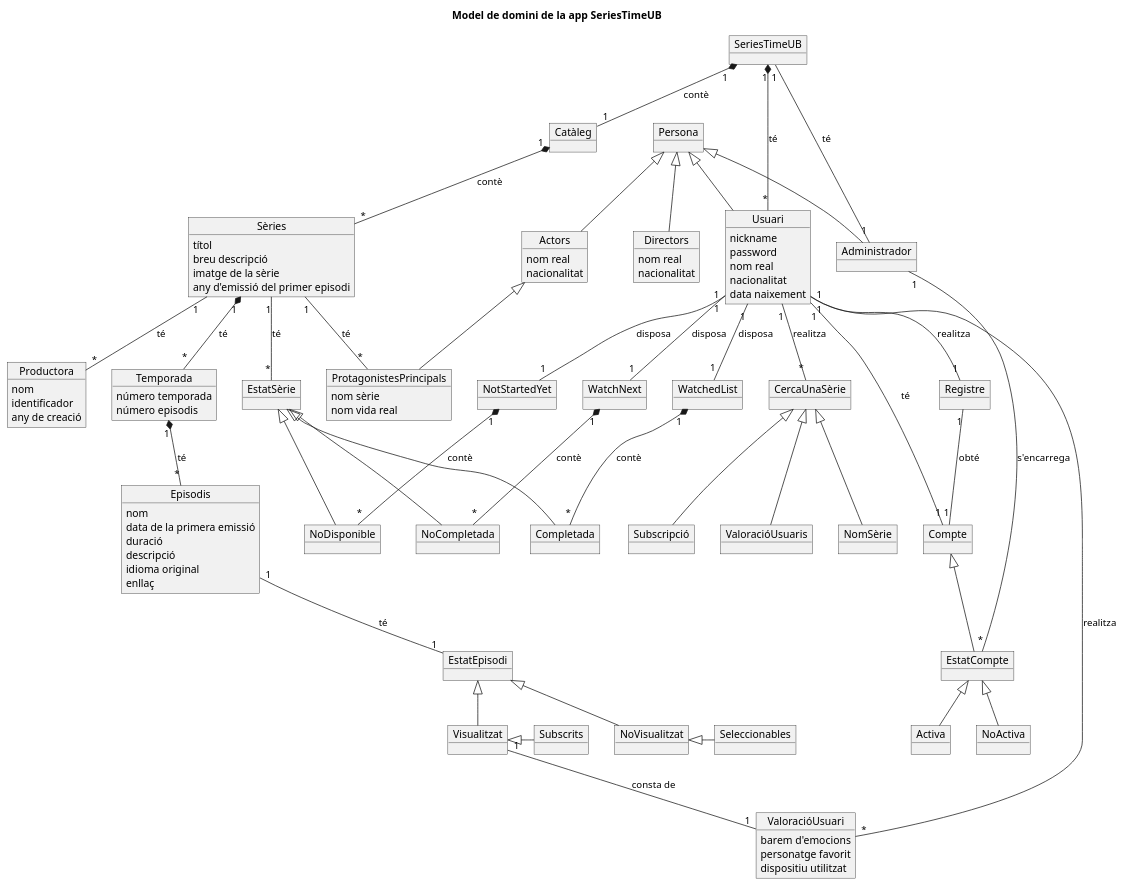
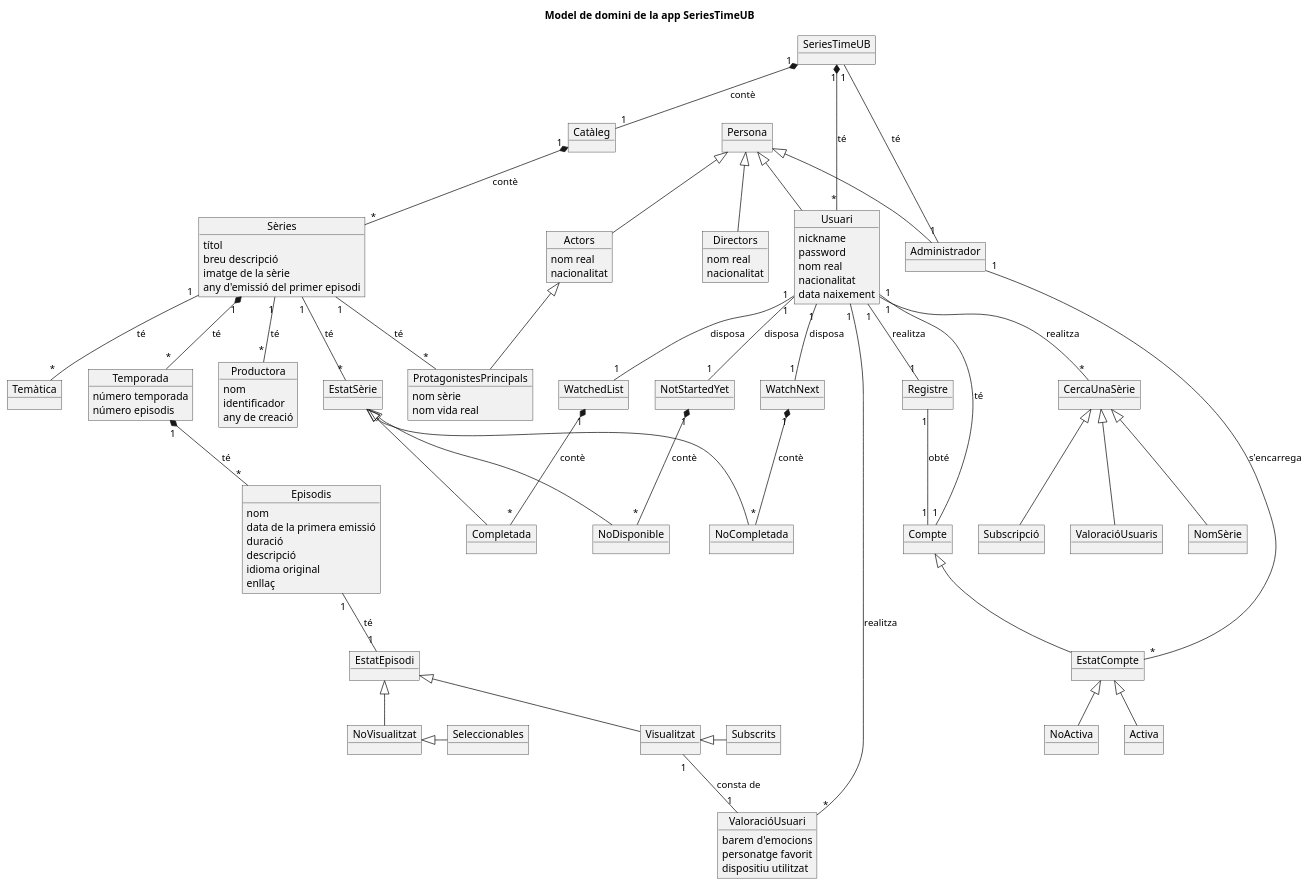
One commit to laurentiuNedelcu/SeriesTimeUB changed the diagram in Model de domini/ModelDeDominiSTUB.puml. Above: the diagram before and after it, drawn with PlantUML. The commit also changed 2 other files, not shown here.

```diff
--- a/Model de domini/ModelDeDominiSTUB.puml
+++ b/Model de domini/ModelDeDominiSTUB.puml
@@ -1,123 +1,125 @@
 @startuml
 
 title Model de domini de la app SeriesTimeUB
 
 object SeriesTimeUB
 object Catàleg
 object Sèries{
     títol
     breu descripció
     imatge de la sèrie
     any d'emissió del primer episodi
 }
 object Temporada{
     número temporada
     número episodis
 }
 object Episodis{
     nom
     data de la primera emissió
     duració
     descripció
     idioma original
     enllaç
 }
 object Persona
 object Usuari{
     nickname
     password
     nom real
     nacionalitat
     data naixement
 }
 object Actors{
     nom real
     nacionalitat
 }
 object Directors{
     nom real
     nacionalitat
 }
 object ProtagonistesPrincipals{
     nom sèrie
     nom vida real
 }
 object Productora{
     nom
     identificador
     any de creació
 }
 object Registre
 object WatchedList
 object WatchNext
 object NotStartedYet
 object EstatSèrie
 object Completada
 object NoCompletada
 object NoDisponible
 object EstatEpisodi
 object Visualitzat
 object NoVisualitzat
 object Subscrits
 object Seleccionables
 object ValoracióUsuari{
     barem d'emocions
     personatge favorit
     dispositiu utilitzat
 }
 object Administrador
 object Compte
 object EstatCompte
 object Activa
 object NoActiva
 object CercaUnaSèrie
 object ValoracióUsuaris
 object NomSèrie
 object Subscripció
+object Temàtica
 
 SeriesTimeUB "1" *-- "1" Catàleg :contè
 Catàleg "1" *-- "*" Sèries :contè
 Sèries "1" *-- "*" Temporada :té
 Temporada "1" *-- "*" Episodis :té
 SeriesTimeUB "1" *-- "*" Usuari :té
 WatchedList "1" *--"*" Completada :contè
 WatchNext "1" *--"*" NoCompletada :contè
 NotStartedYet "1" *--"*" NoDisponible :contè
 
 Persona <|-- Actors
 Persona <|-- Directors
 Persona <|-- Usuari
 Persona <|-- Administrador
 Actors <|-- ProtagonistesPrincipals
 EstatSèrie <|-- Completada
 EstatSèrie <|-- NoCompletada
 EstatSèrie <|-- NoDisponible
 EstatEpisodi <|-- Visualitzat
 EstatEpisodi <|-- NoVisualitzat
 Visualitzat <|-Subscrits
 NoVisualitzat <|- Seleccionables
 Compte <|-- EstatCompte
 EstatCompte <|-- Activa
 EstatCompte <|-- NoActiva
 CercaUnaSèrie <|-- ValoracióUsuaris
 CercaUnaSèrie <|-- NomSèrie
 CercaUnaSèrie <|-- Subscripció
 
 
 Sèries "1" -- "*" Productora :té
 Sèries "1" -- "*" ProtagonistesPrincipals :té
 Sèries "1" -- "*" EstatSèrie :té
 Episodis "1" -- "1" EstatEpisodi :té
 Usuari "1" -- "1" Registre :realitza
 Usuari "1" -- "1" WatchedList :disposa
 Usuari "1" -- "1" WatchNext :disposa
 Usuari "1" -- "1" NotStartedYet :disposa
 Usuari "1" -- "*" ValoracióUsuari :realitza
 Visualitzat "1" -- "1" ValoracióUsuari: consta de
 SeriesTimeUB "1" -- "1" Administrador: té
 Usuari "1" -- "1" Compte: té
 Administrador "1" -- "*" EstatCompte: s'encarrega
 Registre "1" -- "1" Compte: obté
 Usuari "1" -- "*" CercaUnaSèrie: realitza
+Sèries "1" -- "*" Temàtica: té
 
 @enduml
```
